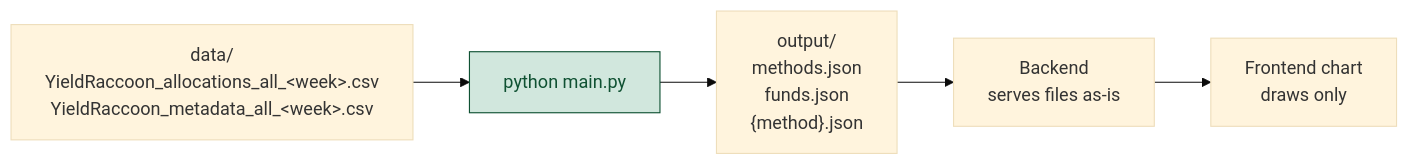
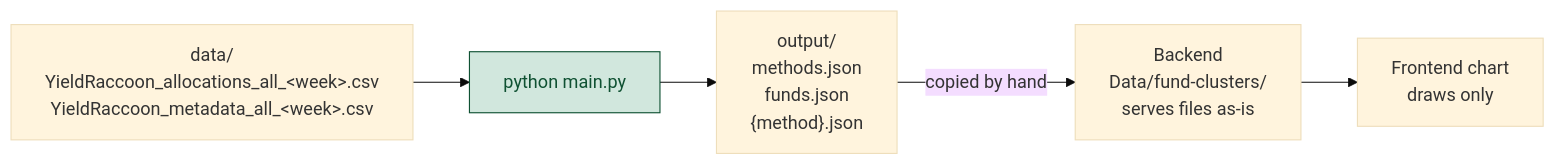
Before and after one commit to Muhomorik/SemanticKernel-FundDocsQnA-dotnet-nextjs: the diagram in FundClustering/README.md, drawn with Mermaid (base theme). The commit also changed other lines of this file and 43 other files, not shown here.

Commit message:
Fund Clusters: add cluster map page and file-serving API.

````diff
--- a/FundClustering/README.md
+++ b/FundClustering/README.md
@@ -20,10 +20,10 @@
 ```mermaid
 flowchart LR
     CSV["data/<br/>YieldRaccoon_allocations_all_&lt;week&gt;.csv<br/>YieldRaccoon_metadata_all_&lt;week&gt;.csv"] --> Main["python main.py"]
     Main --> Out["output/<br/>methods.json<br/>funds.json<br/>&lbrace;method&rbrace;.json"]
-    Out --> BE["Backend<br/>serves files as-is"]
+    Out -->|"copied by hand"| BE["Backend<br/>Data/fund-clusters/<br/>serves files as-is"]
     BE --> FE["Frontend chart<br/>draws only"]
 
     classDef domain fill:#d1e7dd,stroke:#0f5132,color:#0f5132;
     class Main domain;
 ```
````
